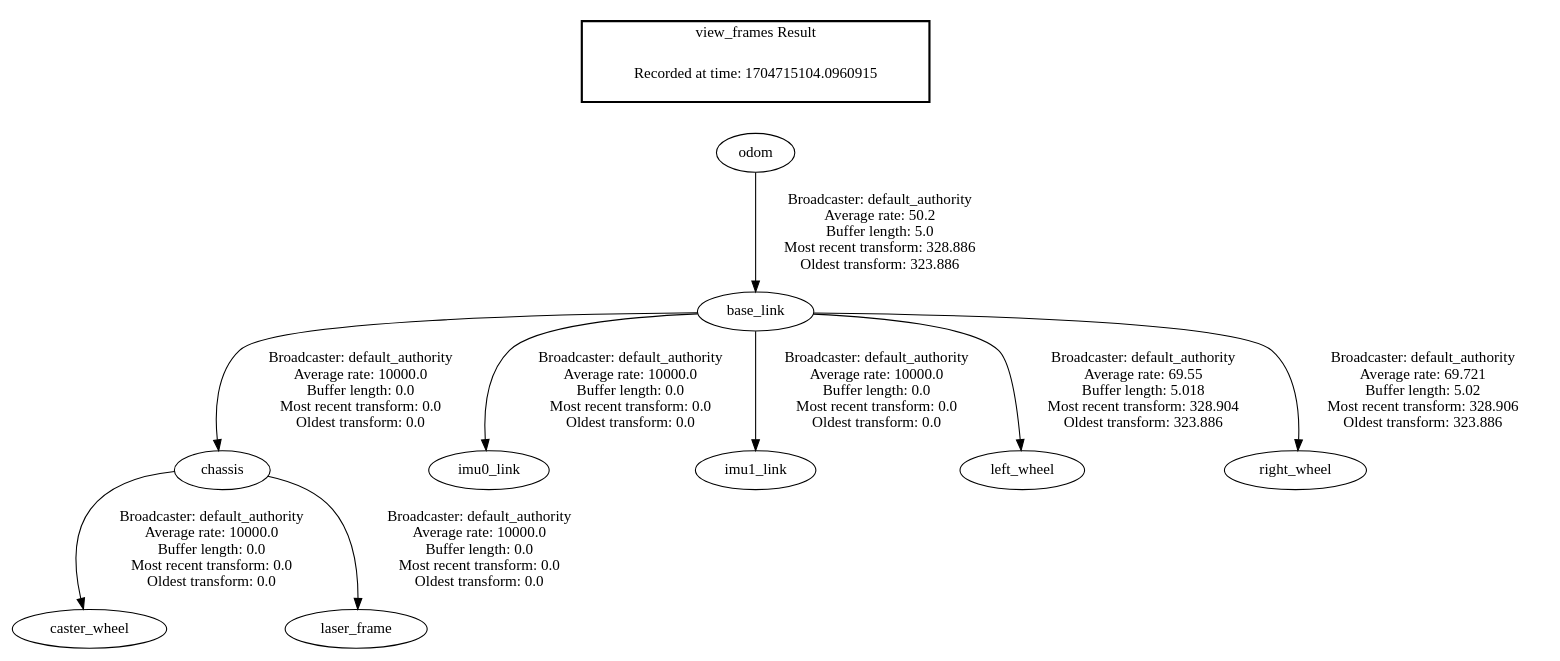
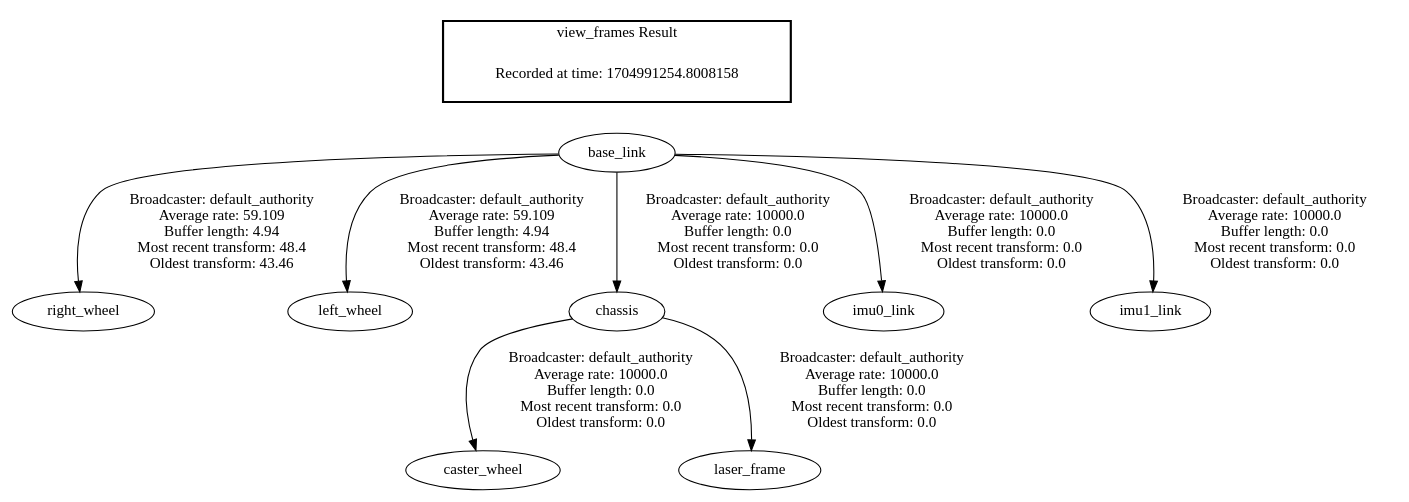
Before and after one commit to sohail70/robo_pose: the diagram in frames.gv, drawn with Graphviz. The commit also changed 18 other files, not shown here.

```diff
--- a/frames.gv
+++ b/frames.gv
@@ -1,14 +1,13 @@
 digraph G {
+"base_link" -> "right_wheel"[label=" Broadcaster: default_authority\nAverage rate: 59.109\nBuffer length: 4.94\nMost recent transform: 48.4\nOldest transform: 43.46\n"];
+"base_link" -> "left_wheel"[label=" Broadcaster: default_authority\nAverage rate: 59.109\nBuffer length: 4.94\nMost recent transform: 48.4\nOldest transform: 43.46\n"];
 "chassis" -> "caster_wheel"[label=" Broadcaster: default_authority\nAverage rate: 10000.0\nBuffer length: 0.0\nMost recent transform: 0.0\nOldest transform: 0.0\n"];
 "base_link" -> "chassis"[label=" Broadcaster: default_authority\nAverage rate: 10000.0\nBuffer length: 0.0\nMost recent transform: 0.0\nOldest transform: 0.0\n"];
-"odom" -> "base_link"[label=" Broadcaster: default_authority\nAverage rate: 50.2\nBuffer length: 5.0\nMost recent transform: 328.886\nOldest transform: 323.886\n"];
 "base_link" -> "imu0_link"[label=" Broadcaster: default_authority\nAverage rate: 10000.0\nBuffer length: 0.0\nMost recent transform: 0.0\nOldest transform: 0.0\n"];
 "base_link" -> "imu1_link"[label=" Broadcaster: default_authority\nAverage rate: 10000.0\nBuffer length: 0.0\nMost recent transform: 0.0\nOldest transform: 0.0\n"];
 "chassis" -> "laser_frame"[label=" Broadcaster: default_authority\nAverage rate: 10000.0\nBuffer length: 0.0\nMost recent transform: 0.0\nOldest transform: 0.0\n"];
-"base_link" -> "left_wheel"[label=" Broadcaster: default_authority\nAverage rate: 69.55\nBuffer length: 5.018\nMost recent transform: 328.904\nOldest transform: 323.886\n"];
-"base_link" -> "right_wheel"[label=" Broadcaster: default_authority\nAverage rate: 69.721\nBuffer length: 5.02\nMost recent transform: 328.906\nOldest transform: 323.886\n"];
 edge [style=invis];
  subgraph cluster_legend { style=bold; color=black; label ="view_frames Result";
-"Recorded at time: 1704715104.0960915"[ shape=plaintext ] ;
-}->"odom";
+"Recorded at time: 1704991254.8008158"[ shape=plaintext ] ;
+}->"base_link";
 }
```
